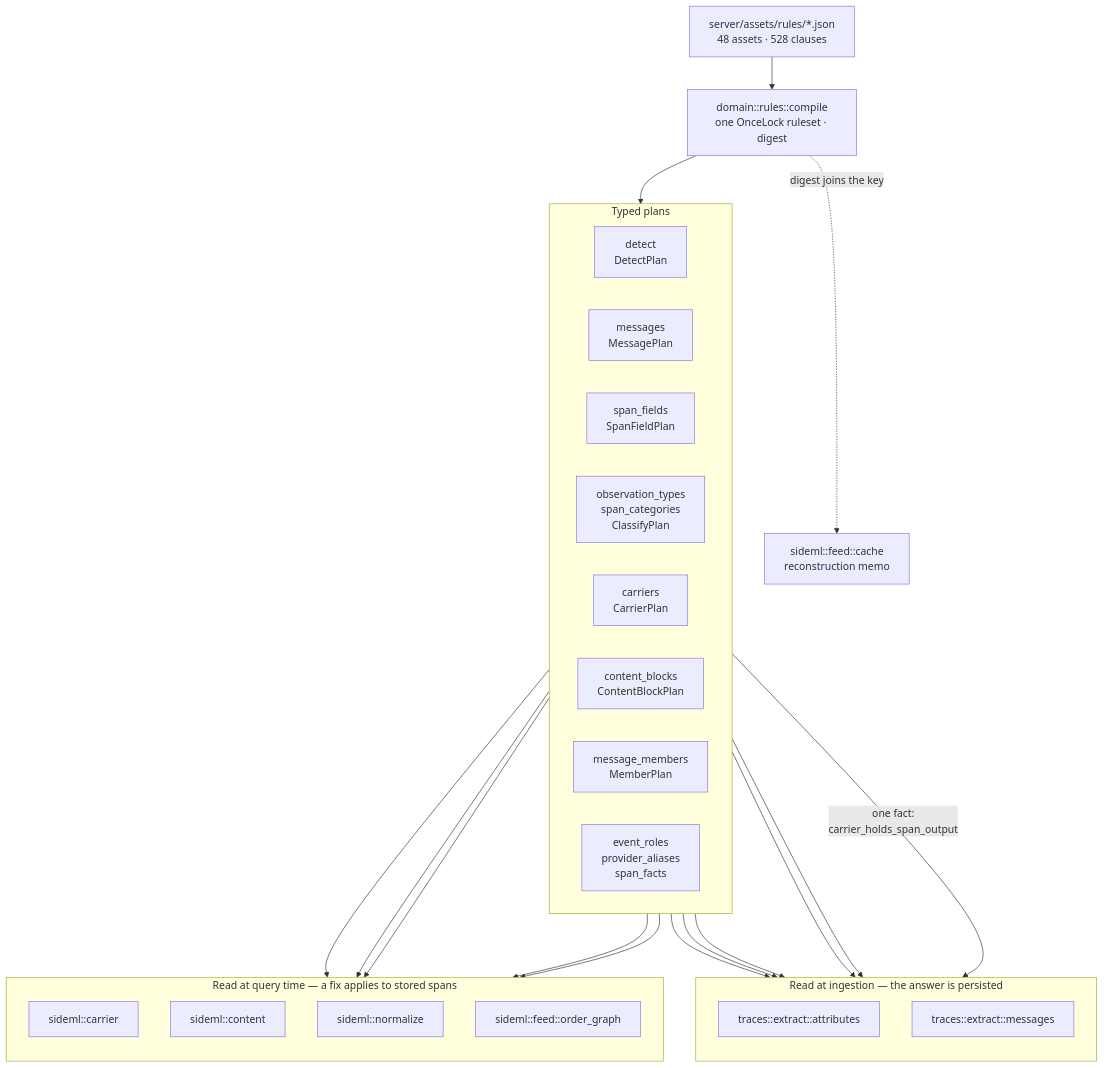
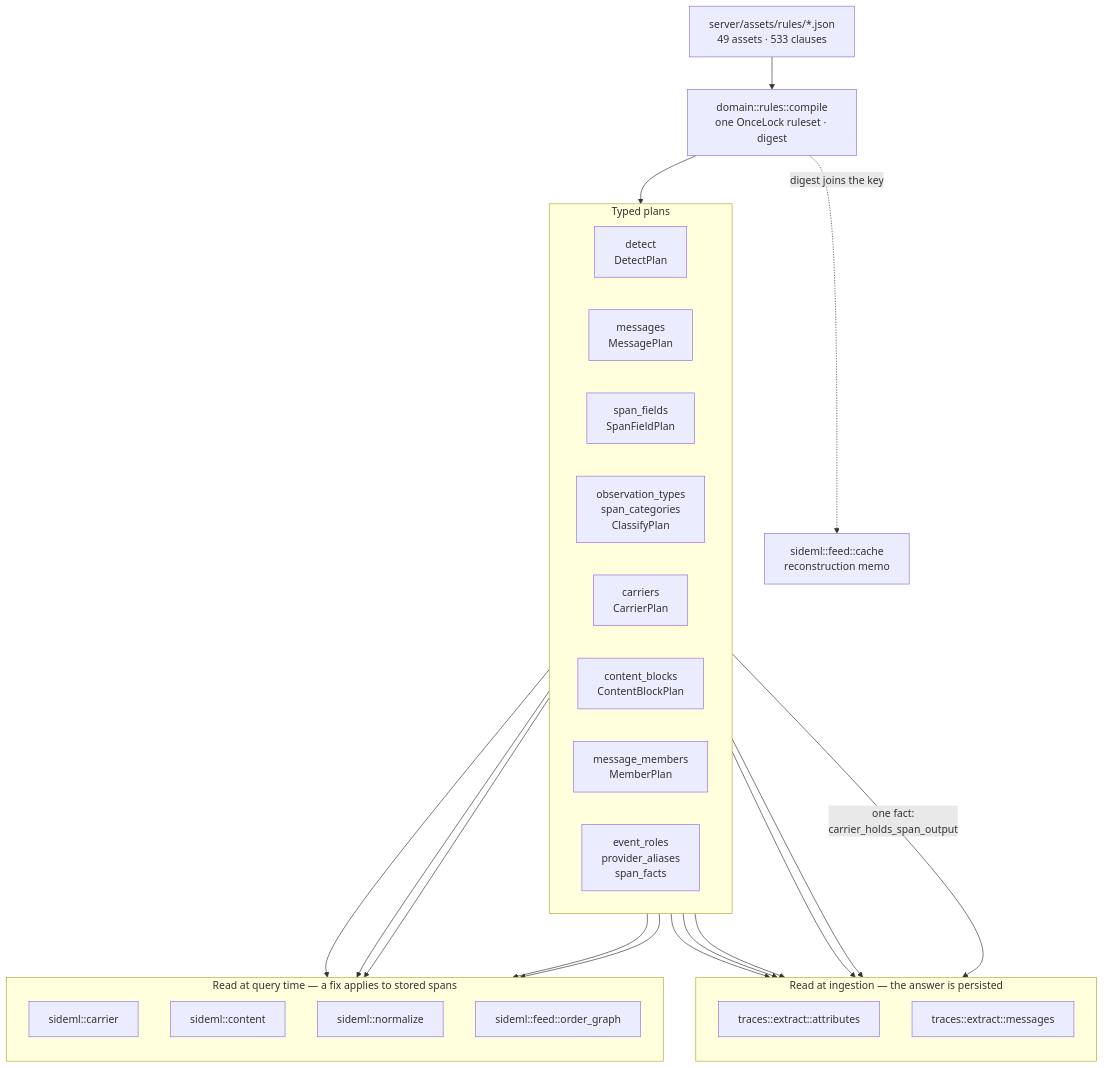
The first of 7 diagrams in docs/engineering/architecture-diagrams.md (sideseat/sideseat), drawn with Mermaid before and after one commit. The commit also changed 77 other files, not shown here.

````diff
--- a/docs/engineering/architecture-diagrams.md
+++ b/docs/engineering/architecture-diagrams.md
@@ -18,47 +18,47 @@
 ```mermaid
 flowchart TB
-    assets["server/assets/rules/*.json<br/>48 assets · 528 clauses"]
+    assets["server/assets/rules/*.json<br/>49 assets · 533 clauses"]
     compile["domain::rules::compile<br/>one OnceLock ruleset · digest"]
     assets --> compile
 
     subgraph plans["Typed plans"]
         direction LR
         detect["detect<br/>DetectPlan"]
         messages["messages<br/>MessagePlan"]
         fields["span_fields<br/>SpanFieldPlan"]
         classify["observation_types<br/>span_categories<br/>ClassifyPlan"]
         carriers["carriers<br/>CarrierPlan"]
         blocks["content_blocks<br/>ContentBlockPlan"]
         members["message_members<br/>MemberPlan"]
         roles["event_roles<br/>provider_aliases<br/>span_facts"]
     end
     compile --> plans
 
     subgraph ingest["Read at ingestion — the answer is persisted"]
         direction TB
         attrs["traces::extract::attributes"]
         msgs["traces::extract::messages"]
     end
 
     subgraph query["Read at query time — a fix applies to stored spans"]
         direction TB
         carrier["sideml::carrier"]
         content["sideml::content"]
         normalize["sideml::normalize"]
         order["sideml::feed::order_graph"]
     end
 
     detect --> attrs
     fields --> attrs
     classify --> attrs
     roles --> attrs
     messages --> msgs
     carriers -->|"one fact:<br/>carrier_holds_span_output"| msgs
     carriers --> carrier
     carriers --> order
     blocks --> content
     members --> content
     roles --> normalize
 
     compile -. "digest joins the key" .-> cache["sideml::feed::cache<br/>reconstruction memo"]
 ```
````
